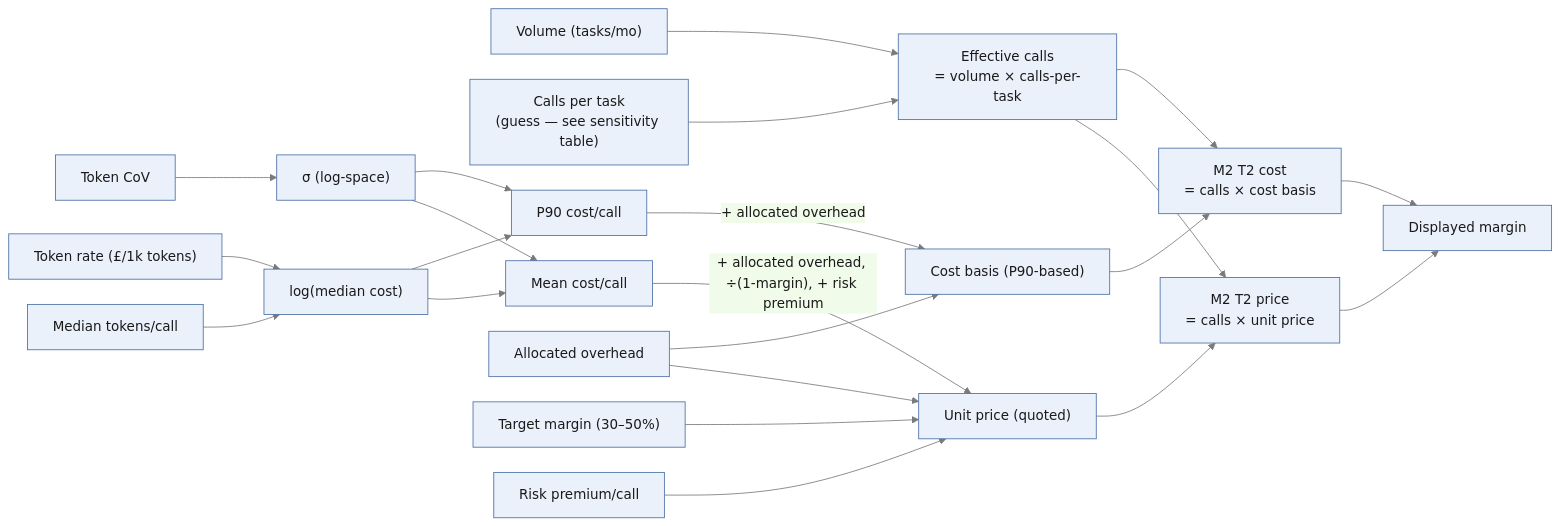
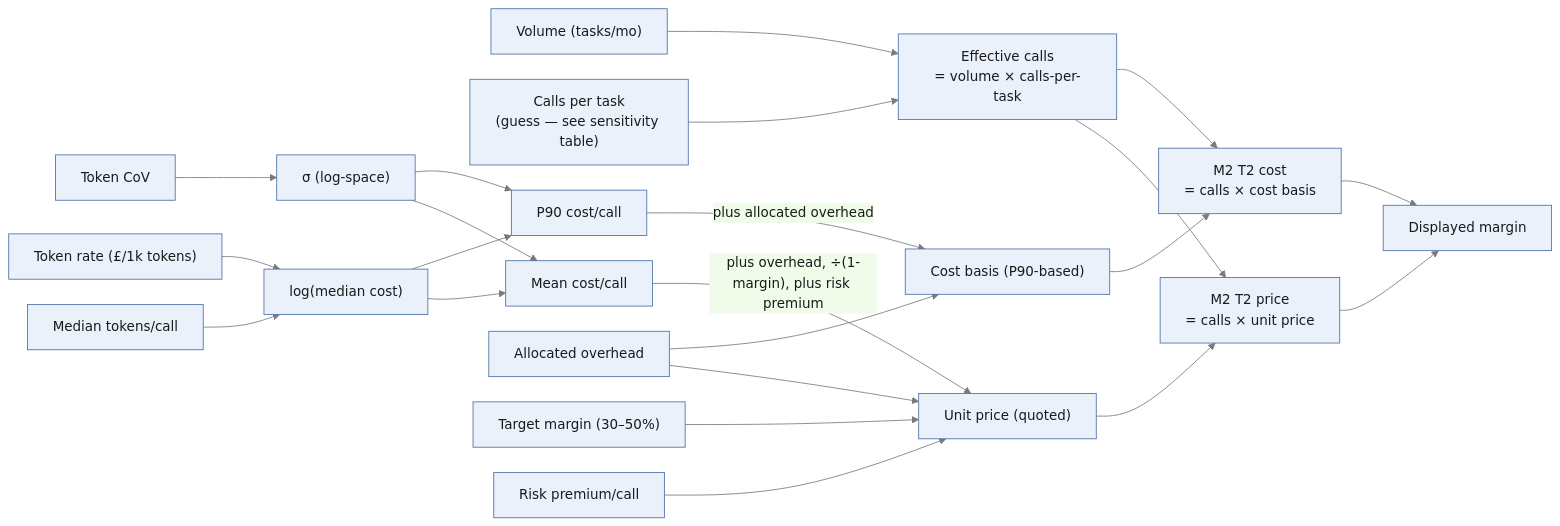
Before and after one commit to paulmilne/pricing-lab: the third of 4 diagrams in causal-diagram.qmd, drawn with Mermaid. The commit also changed other lines of this file and 2 other files, not shown here.

Commit message:
Fix mermaid edge labels starting with '+' being misparsed as markdown lists

````diff
--- a/causal-diagram.qmd
+++ b/causal-diagram.qmd
@@ -114,31 +114,31 @@
 ```{mermaid}
 %%{init: {"theme": "base", "themeVariables": {"fontSize": "16px", "primaryColor": "#eaf1fb", "primaryBorderColor": "#4a6fa5", "primaryTextColor": "#1a1a1a", "lineColor": "#7a7a7a"}, "flowchart": {"nodeSpacing": 30, "rankSpacing": 50}}}%%
 flowchart LR
   vol2["Volume (tasks/mo)"] --> calls["Effective calls\n= volume × calls-per-task"]
   cpt["Calls per task\n(guess — see sensitivity table)"] --> calls
 
   tok2["Median tokens/call"] --> muC2["log(median cost)"]
   rate2["Token rate (£/1k tokens)"] --> muC2
   cov2["Token CoV"] --> sigma2["σ (log-space)"]
 
   muC2 --> mean2["Mean cost/call"]
   sigma2 --> mean2
   muC2 --> p902["P90 cost/call"]
   sigma2 --> p902
 
-  mean2 -->|"+ allocated overhead, ÷(1-margin), + risk premium"| unitPrice["Unit price (quoted)"]
+  mean2 -->|"plus overhead, ÷(1-margin), plus risk premium"| unitPrice["Unit price (quoted)"]
   overhead2["Allocated overhead"] --> unitPrice
   margin2["Target margin (30–50%)"] --> unitPrice
   riskPrem2["Risk premium/call"] --> unitPrice
 
   unitPrice --> price2["M2 T2 price\n= calls × unit price"]
   calls --> price2
 
-  p902 -->|"+ allocated overhead"| costBasis2["Cost basis (P90-based)"]
+  p902 -->|"plus allocated overhead"| costBasis2["Cost basis (P90-based)"]
   overhead2 --> costBasis2
   costBasis2 --> cost2["M2 T2 cost\n= calls × cost basis"]
   calls --> cost2
 
   price2 --> margin2out["Displayed margin"]
   cost2 --> margin2out
 ```
````
